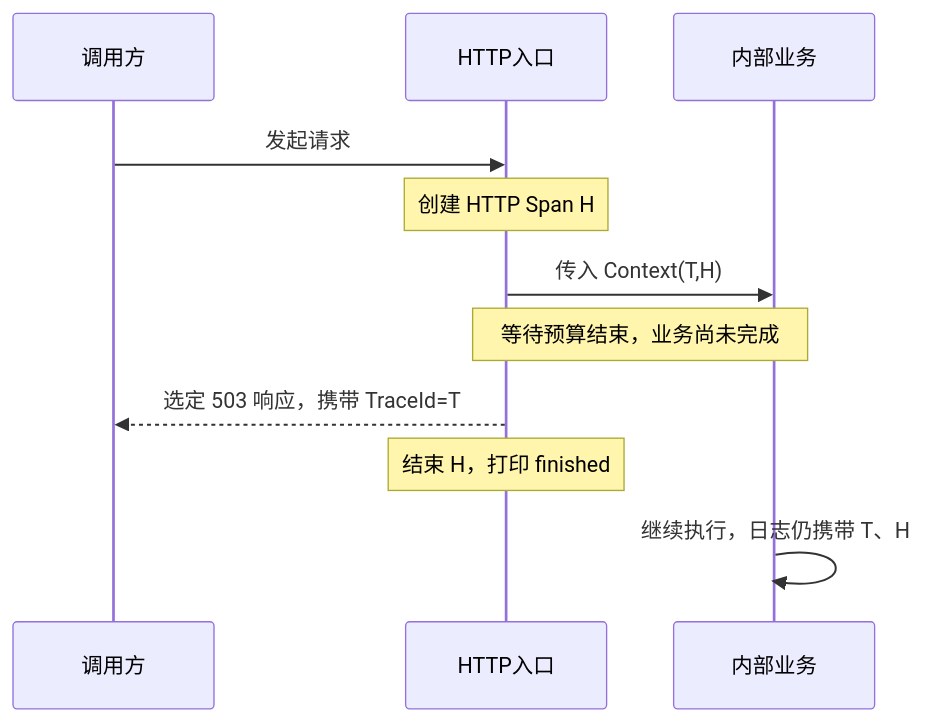
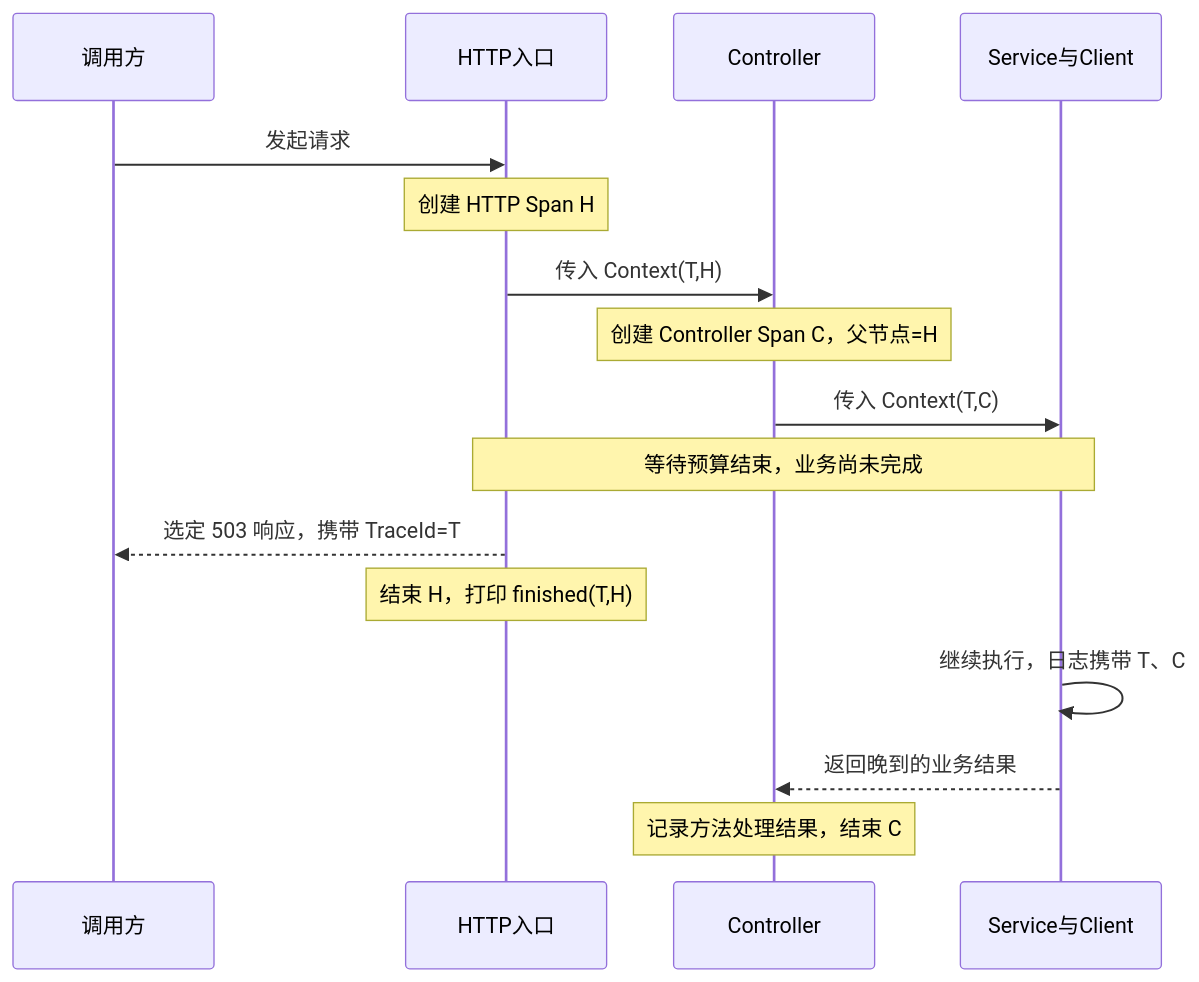
One commit to icecream154/go-service-template changed the second of 2 diagrams in specifications/application/application-log.md. Above: the diagram before and after it, drawn with Mermaid. The commit also changed other lines of this file and 5 other files, not shown here.

Commit message:
feat: add controller span

````diff
--- a/specifications/application/application-log.md
+++ b/specifications/application/application-log.md
@@ -359,13 +393,18 @@
 ```mermaid
 sequenceDiagram
-    participant C as 调用方
+    participant U as 调用方
     participant H as HTTP入口
-    participant B as 内部业务
-    C->>H: 发起请求
+    participant C as Controller
+    participant B as Service与Client
+    U->>H: 发起请求
     Note over H: 创建 HTTP Span H
-    H->>B: 传入 Context(T,H)
+    H->>C: 传入 Context(T,H)
+    Note over C: 创建 Controller Span C，父节点=H
+    C->>B: 传入 Context(T,C)
     Note over H,B: 等待预算结束，业务尚未完成
-    H-->>C: 选定 503 响应，携带 TraceId=T
-    Note over H: 结束 H，打印 finished
-    B->>B: 继续执行，日志仍携带 T、H
+    H-->>U: 选定 503 响应，携带 TraceId=T
+    Note over H: 结束 H，打印 finished(T,H)
+    B->>B: 继续执行，日志携带 T、C
+    B-->>C: 返回晚到的业务结果
+    Note over C: 记录方法处理结果，结束 C
 ```
````
